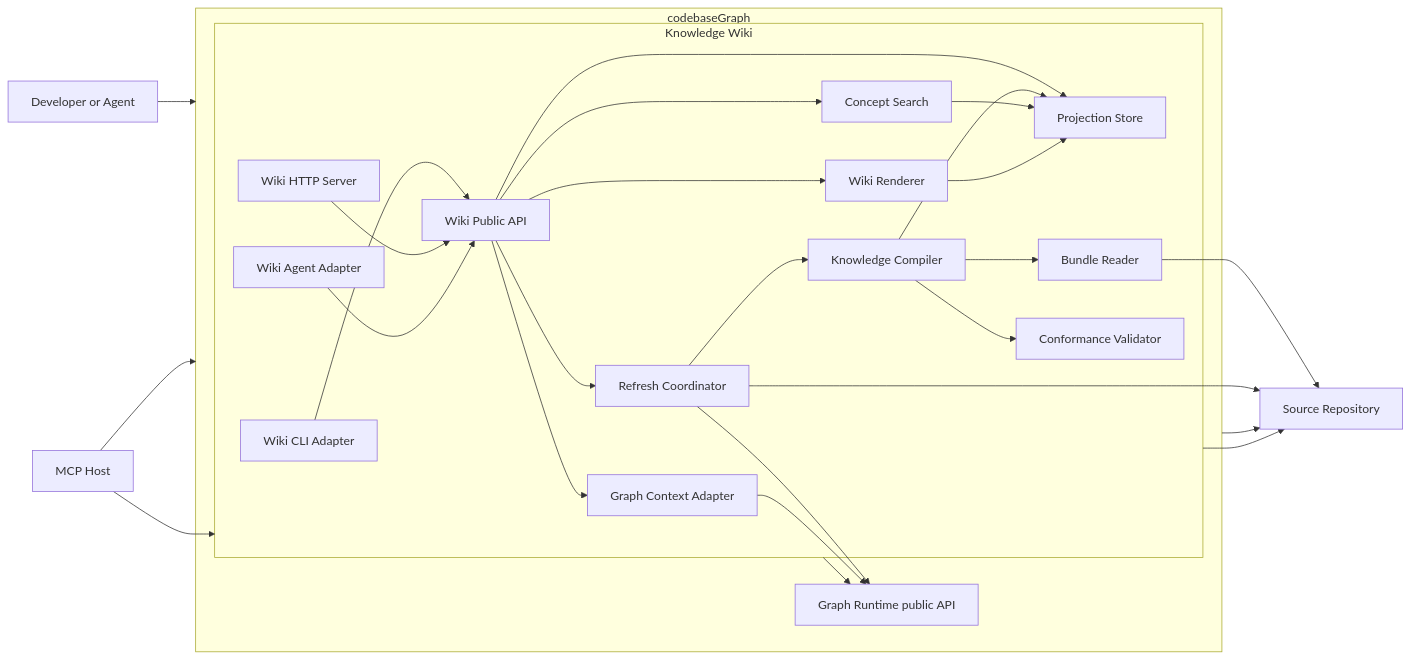
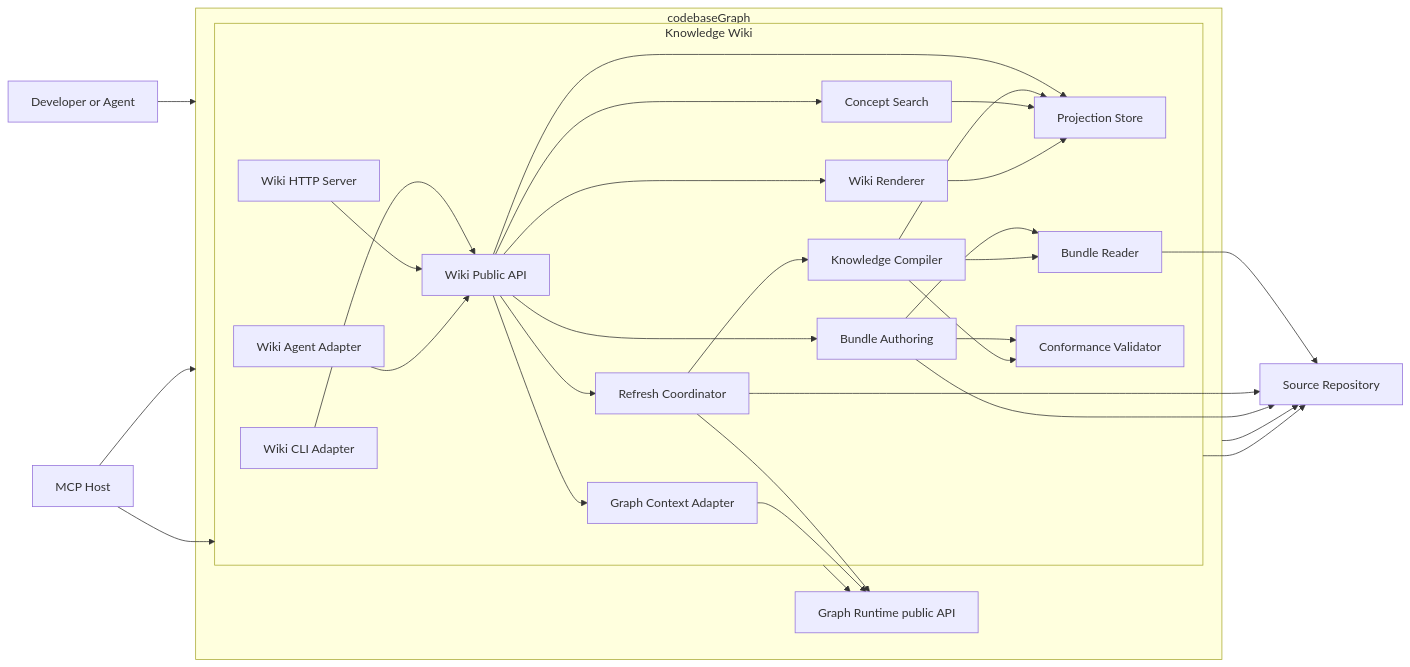
One commit to rabii-chaarani/codebaseGraph changed the diagram in .omx/plans/okf-wiki-full-implementation.md. Above: the diagram before and after it, drawn with Mermaid. The commit also changed other lines of this file, not shown here.

First line of the commit message:
docs(okf): plan controlled MCP authoring

````diff
--- a/.omx/plans/okf-wiki-full-implementation.md
+++ b/.omx/plans/okf-wiki-full-implementation.md
@@ -98,35 +106,39 @@
 ```mermaid
 flowchart LR
     D["Developer or Agent"] --> SYS
     H["MCP Host"] --> SYS
     SYS --> S["Source Repository"]
 
     subgraph SYS["codebaseGraph"]
       G["Graph Runtime public API"]
 
       subgraph W["Knowledge Wiki"]
         CLI["Wiki CLI Adapter"] --> API["Wiki Public API"]
         HTTP["Wiki HTTP Server"] --> API
         MCP["Wiki Agent Adapter"] --> API
         API --> REF["Refresh Coordinator"]
         API --> STORE["Projection Store"]
         API --> SEARCH["Concept Search"]
         API --> CTX["Graph Context Adapter"]
         API --> RENDER["Wiki Renderer"]
+        API --> AUTHOR["Bundle Authoring"]
+        AUTHOR --> READ
+        AUTHOR --> VALID
         REF --> COMP["Knowledge Compiler"]
         COMP --> READ["Bundle Reader"]
         COMP --> VALID["Conformance Validator"]
         COMP --> STORE
         SEARCH --> STORE
         RENDER --> STORE
       end
     end
 
     H --> W
     W --> S
     W --> G
     READ --> S
     REF --> S
+    AUTHOR --> S
     REF --> G
     CTX --> G
 ```
````
